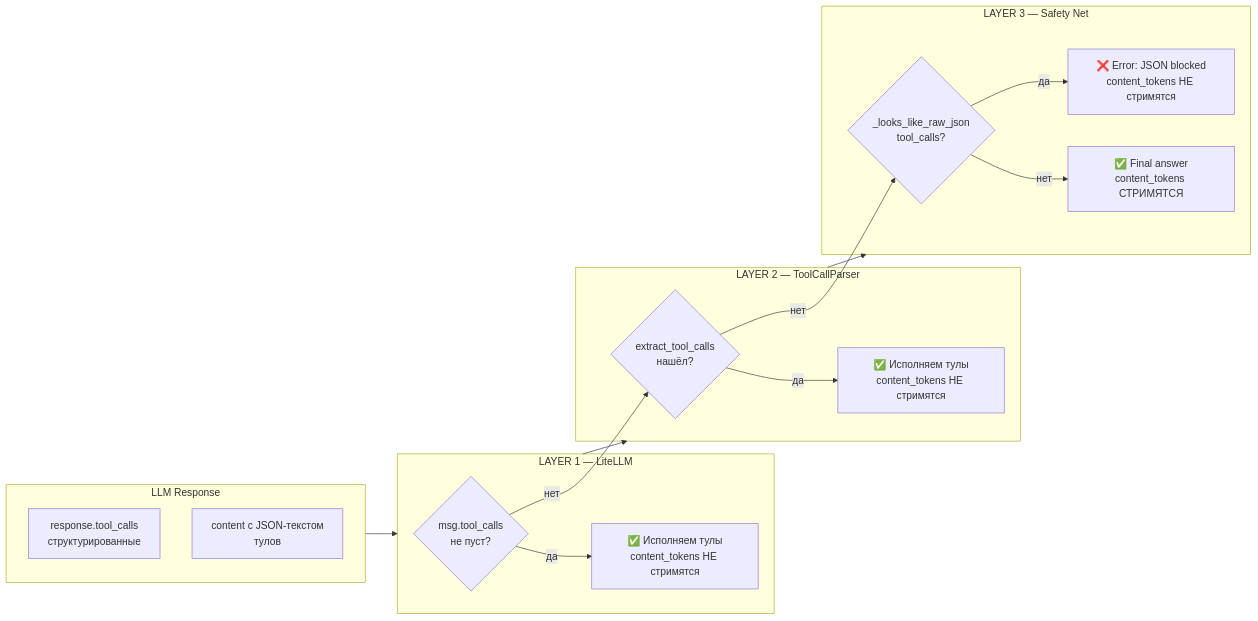
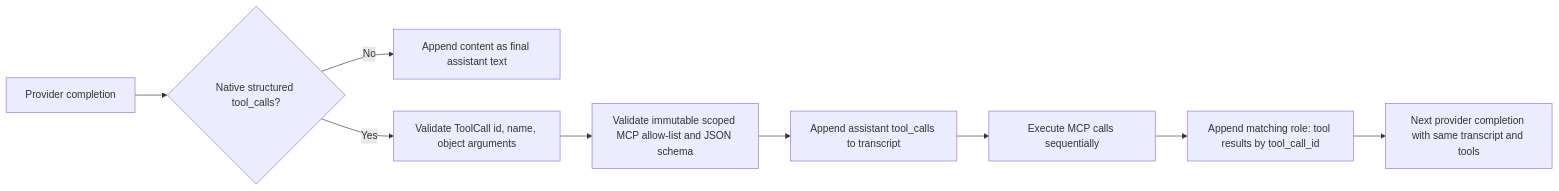
The diagram in doc/agents/tool-call-safety-layers.md (trash2bin/helperium), drawn with Mermaid before and after one commit. The commit also changed other lines of this file and 46 other files, not shown here.

First line of the commit message:
refactor(agent): introduce append-only native tool loop

````diff
--- a/doc/agents/tool-call-safety-layers.md
+++ b/doc/agents/tool-call-safety-layers.md
@@ -16,27 +11,11 @@
 ```mermaid
 flowchart LR
-    subgraph MODEL[LLM Response]
-        A[response.tool_calls<br/>структурированные]
-        B[content с JSON-текстом<br/>тулов]
-    end
-
-    subgraph L1[LAYER 1 — LiteLLM]
-        C{msg.tool_calls<br/>не пуст?}
-        C -->|да| D[✅ Исполняем тулы<br/>content_tokens НЕ стримятся]
-    end
-
-    subgraph L2[LAYER 2 — ToolCallParser]
-        C -->|нет| E{extract_tool_calls<br/>нашёл?}
-        E -->|да| F[✅ Исполняем тулы<br/>content_tokens НЕ стримятся]
-    end
-
-    subgraph L3[LAYER 3 — Safety Net]
-        E -->|нет| G{_looks_like_raw_json<br/>tool_calls?}
-        G -->|да| H[❌ Error: JSON blocked<br/>content_tokens НЕ стримятся]
-        G -->|нет| I[✅ Final answer<br/>content_tokens СТРИМЯТСЯ]
-    end
-
-    MODEL --> L1
-    L1 --> L2
-    L2 --> L3
+    A[Provider completion] --> B{Native structured tool_calls?}
+    B -->|No| C[Append content as final assistant text]
+    B -->|Yes| D[Validate ToolCall id, name, object arguments]
+    D --> E[Validate immutable scoped MCP allow-list and JSON schema]
+    E --> F[Append assistant tool_calls to transcript]
+    F --> G[Execute MCP calls sequentially]
+    G --> H[Append matching role: tool results by tool_call_id]
+    H --> I[Next provider completion with same transcript and tools]
 ```
````
